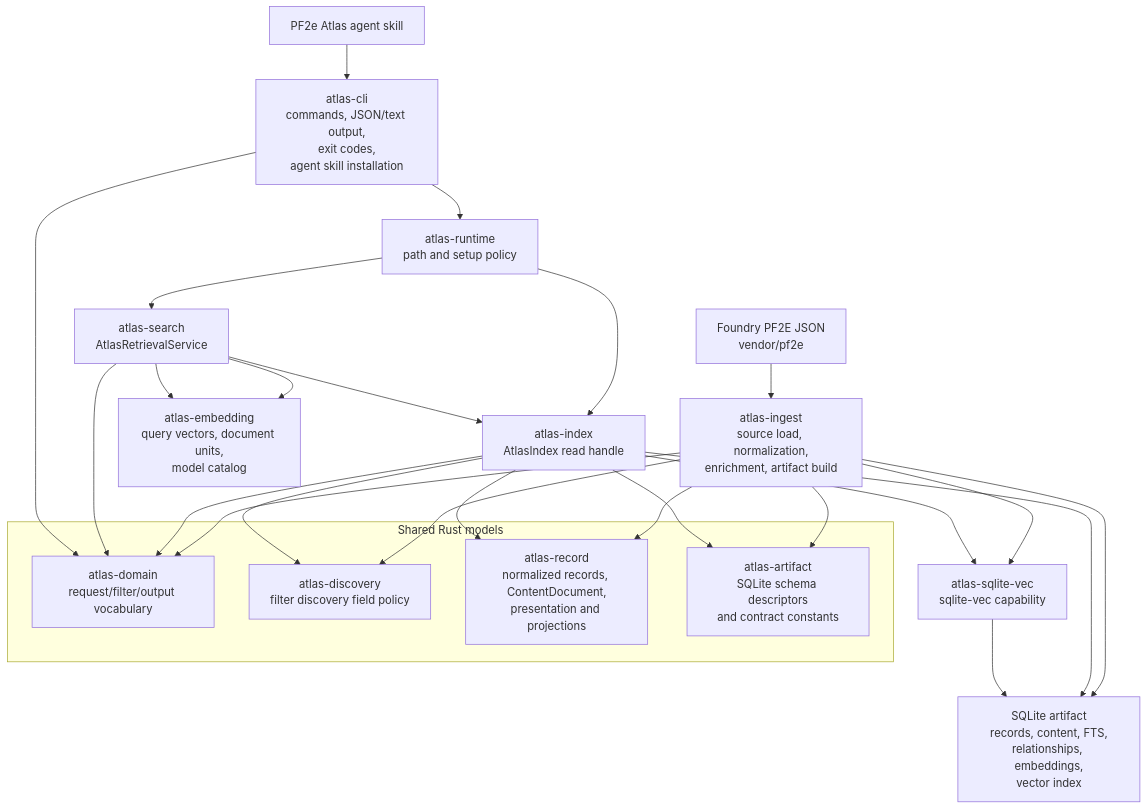
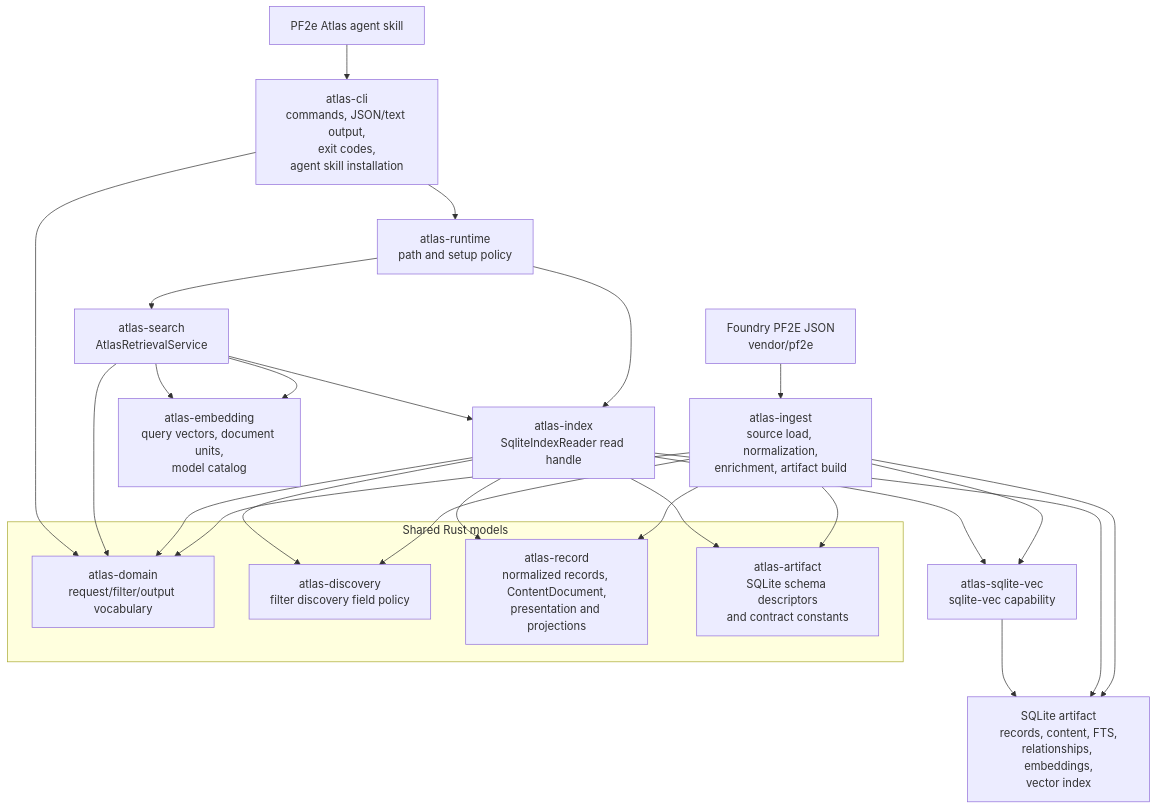
Before and after one commit to e-kosten/pf2e-atlas: the first of 4 diagrams in docs/architecture/runtime.md, drawn with Mermaid. The commit also changed other lines of this file and 107 other files, not shown here.

````diff
--- a/docs/architecture/runtime.md
+++ b/docs/architecture/runtime.md
@@ -9,36 +9,36 @@
 ```mermaid
 flowchart TD
     source["Foundry PF2E JSON<br/>vendor/pf2e"] --> ingest["atlas-ingest<br/>source load, normalization,<br/>enrichment, artifact build"]
     ingest --> artifact["SQLite artifact<br/>records, content, FTS,<br/>relationships, embeddings,<br/>vector index"]
 
     skill["PF2e Atlas agent skill"] --> cli["atlas-cli<br/>commands, JSON/text output,<br/>exit codes,<br/>agent skill installation"]
     cli --> runtime["atlas-runtime<br/>path and setup policy"]
     runtime --> search["atlas-search<br/>AtlasRetrievalService"]
-    runtime --> index["atlas-index<br/>AtlasIndex read handle"]
+    runtime --> index["atlas-index<br/>SqliteIndexReader read handle"]
 
     search --> index
     search --> embedding["atlas-embedding<br/>query vectors, document units,<br/>model catalog"]
     index --> artifact
     ingest --> sqliteVec["atlas-sqlite-vec<br/>sqlite-vec capability"]
     index --> sqliteVec
     sqliteVec --> artifact
 
     subgraph SharedRustModels["Shared Rust models"]
       domain["atlas-domain<br/>request/filter/output vocabulary"]
       discovery["atlas-discovery<br/>filter discovery field policy"]
       record["atlas-record<br/>normalized records, ContentDocument,<br/>presentation and projections"]
       artifactSchema["atlas-artifact<br/>SQLite schema descriptors<br/>and contract constants"]
     end
 
     ingest --> domain
     ingest --> discovery
     ingest --> record
     ingest --> artifactSchema
     index --> domain
     index --> discovery
     index --> record
     index --> artifactSchema
     search --> domain
     search --> embedding
     cli --> domain
 ```
````
